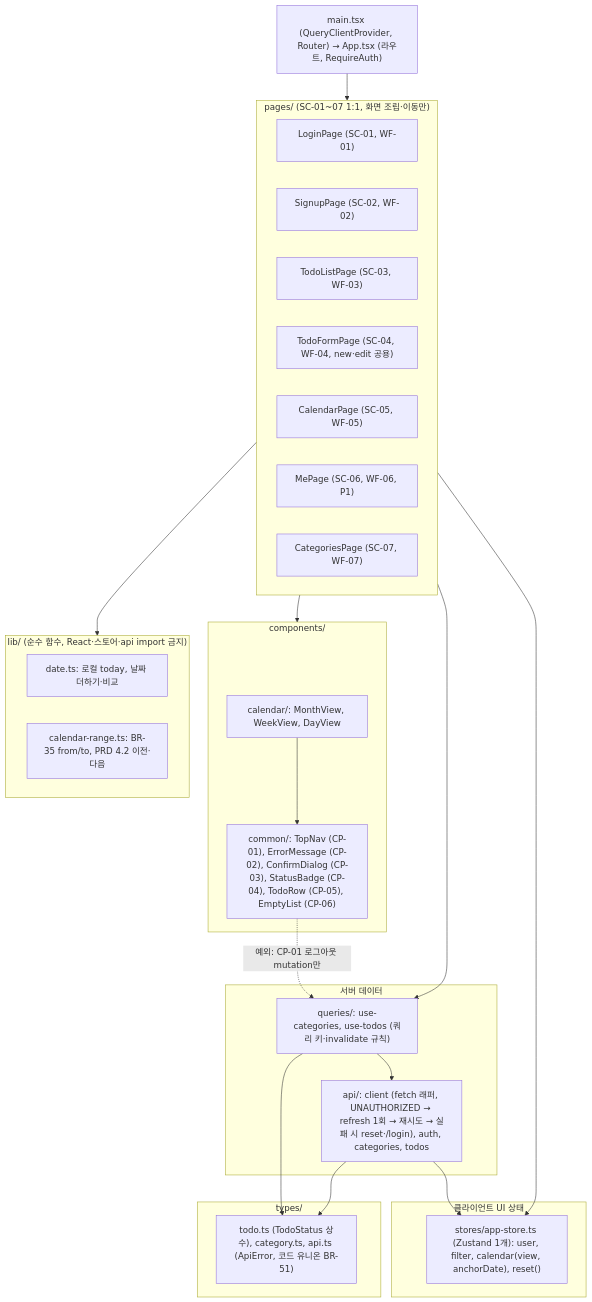
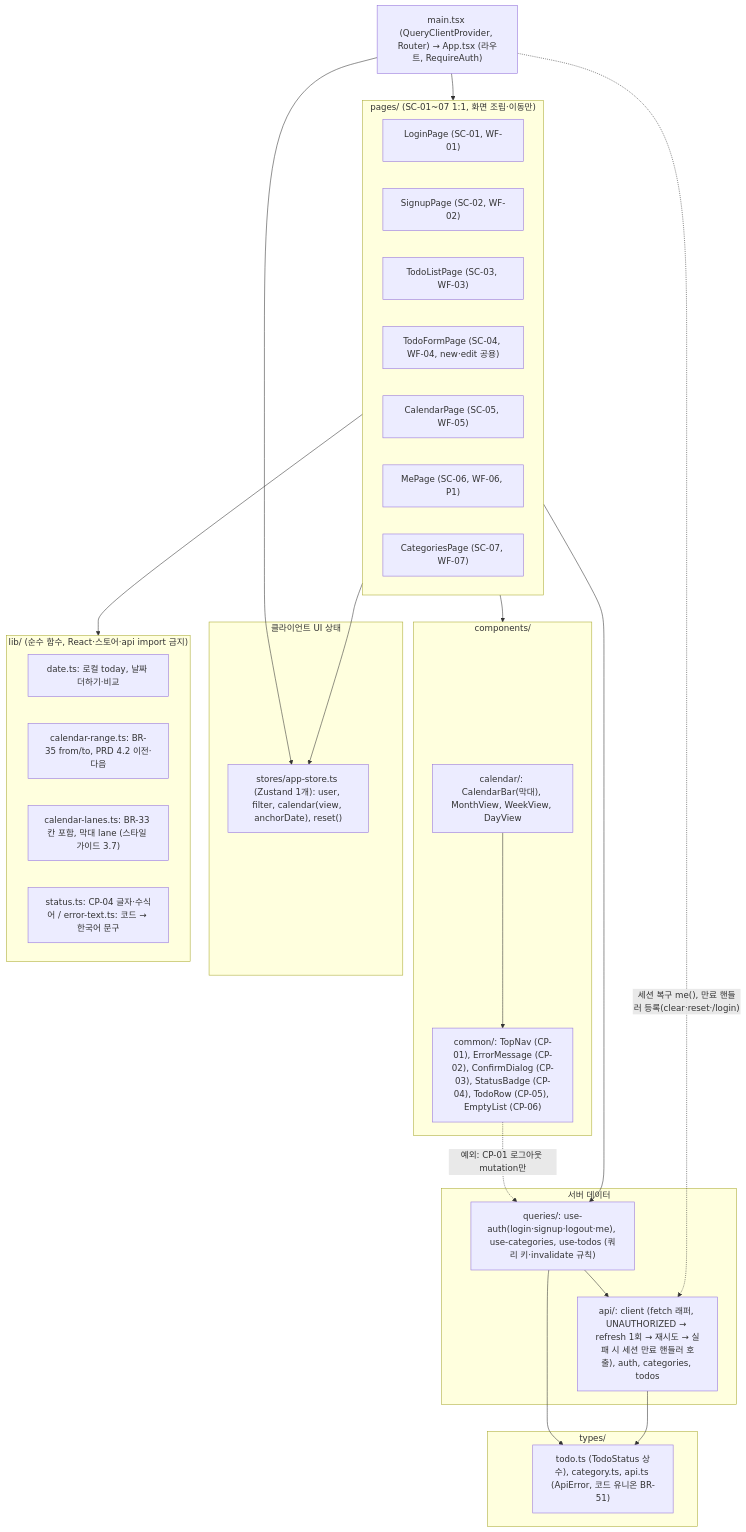
The third of 15 diagrams in docs/6-arch-diagram.md (okbaronok2-tech/todolist_app), drawn with Mermaid before and after one commit. The commit also changed other lines of this file and 68 other files, not shown here.

First line of the commit message:
feat: 프론트엔드 T-F01~T-F11 구현, 스타일 가이드, 캘린더 SVG, 검증·리뷰 반영

````diff
--- a/docs/6-arch-diagram.md
+++ b/docs/6-arch-diagram.md
@@ -99,47 +100,50 @@
 ```mermaid
 flowchart TB
     subgraph PAGES["pages/ (SC-01~07 1:1, 화면 조립·이동만)"]
         P1["LoginPage (SC-01, WF-01)"]
         P2["SignupPage (SC-02, WF-02)"]
         P3["TodoListPage (SC-03, WF-03)"]
         P4["TodoFormPage (SC-04, WF-04, new·edit 공용)"]
         P5["CalendarPage (SC-05, WF-05)"]
         P6["MePage (SC-06, WF-06, P1)"]
         P7["CategoriesPage (SC-07, WF-07)"]
     end
 
     subgraph COMP["components/"]
-        CAL["calendar/: MonthView, WeekView, DayView"]
+        CAL["calendar/: CalendarBar(막대), MonthView, WeekView, DayView"]
         CMN["common/: TopNav (CP-01), ErrorMessage (CP-02), ConfirmDialog (CP-03), StatusBadge (CP-04), TodoRow (CP-05), EmptyList (CP-06)"]
     end
 
     subgraph DATA["서버 데이터"]
-        Q["queries/: use-categories, use-todos (쿼리 키·invalidate 규칙)"]
-        API["api/: client (fetch 래퍼, UNAUTHORIZED → refresh 1회 → 재시도 → 실패 시 reset·/login), auth, categories, todos"]
+        Q["queries/: use-auth(login·signup·logout·me), use-categories, use-todos (쿼리 키·invalidate 규칙)"]
+        API["api/: client (fetch 래퍼, UNAUTHORIZED → refresh 1회 → 재시도 → 실패 시 세션 만료 핸들러 호출), auth, categories, todos"]
     end
 
     subgraph STATE["클라이언트 UI 상태"]
         ST["stores/app-store.ts (Zustand 1개): user, filter, calendar(view, anchorDate), reset()"]
     end
 
     subgraph LIB["lib/ (순수 함수, React·스토어·api import 금지)"]
         L1["date.ts: 로컬 today, 날짜 더하기·비교"]
         L2["calendar-range.ts: BR-35 from/to, PRD 4.2 이전·다음"]
+        L3["calendar-lanes.ts: BR-33 칸 포함, 막대 lane (스타일 가이드 3.7)"]
+        L4["status.ts: CP-04 글자·수식어 / error-text.ts: 코드 → 한국어 문구"]
     end
 
     subgraph TYPES["types/"]
         T["todo.ts (TodoStatus 상수), category.ts, api.ts (ApiError, 코드 유니온 BR-51)"]
     end
 
     ROOT["main.tsx (QueryClientProvider, Router) → App.tsx (라우트, RequireAuth)"] --> PAGES
     PAGES --> COMP
     PAGES --> Q
     PAGES --> ST
     PAGES --> LIB
     CAL --> CMN
     CMN -.->|"예외: CP-01 로그아웃 mutation만"| Q
     Q --> API
-    API --> ST
+    ROOT -.->|"세션 복구 me(), 만료 핸들러 등록(clear·reset·/login)"| API
+    ROOT --> ST
     Q --> T
     API --> T
 ```
````
